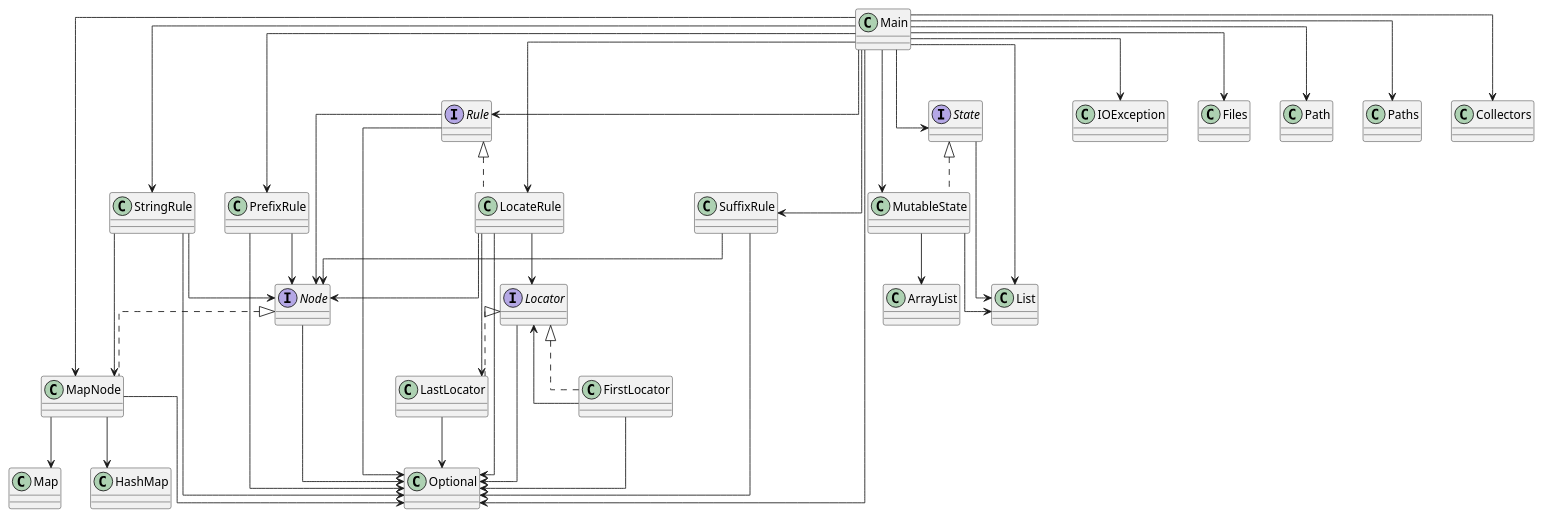
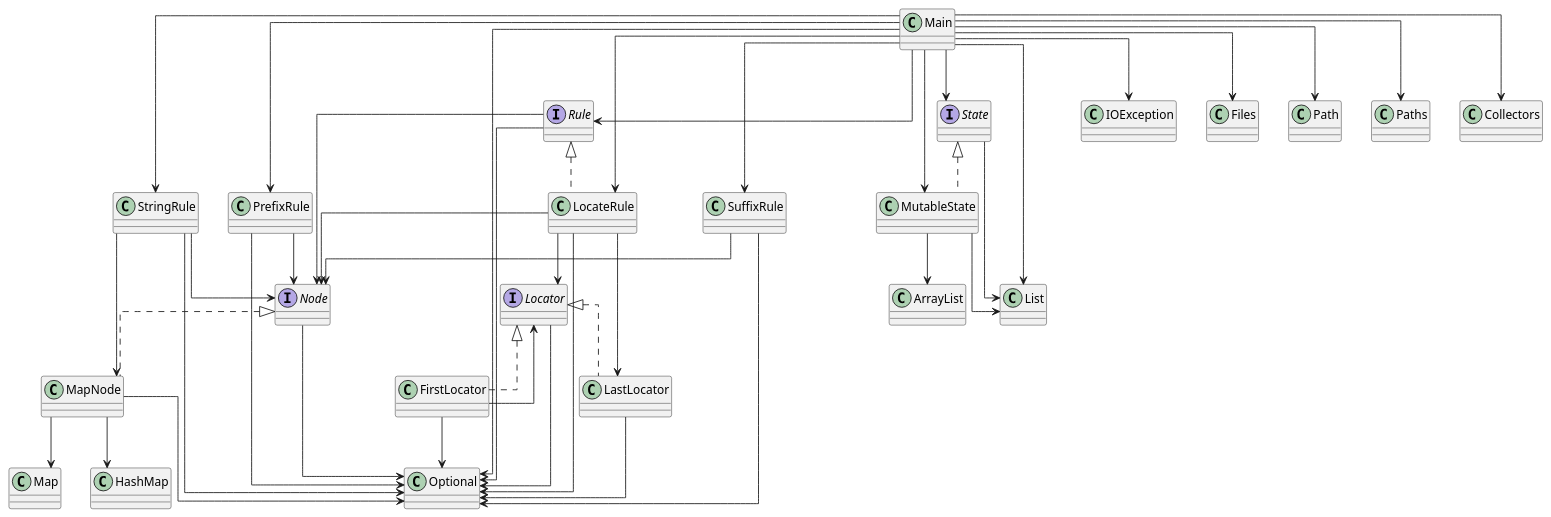
The diagram in diagram.puml (SirMathhman/Magma), drawn with PlantUML before and after one commit.

```diff
--- a/diagram.puml
+++ b/diagram.puml
@@ -1,52 +1,51 @@
 @startuml
 skinparam linetype ortho
 Node --> Optional
 interface Node
 Rule --> Node
 Rule --> Optional
 interface Rule
 StringRule --> MapNode
 StringRule --> Node
 StringRule --> Optional
 Locator --> Optional
 interface Locator
 PrefixRule --> Node
 PrefixRule --> Optional
 FirstLocator --> Locator
 FirstLocator --> Optional
 class FirstLocator implements Locator
 LocateRule --> LastLocator
 LocateRule --> Locator
 LocateRule --> Node
 LocateRule --> Optional
 class LocateRule implements Rule
 MutableState --> ArrayList
 MutableState --> List
 class MutableState implements State
 Main --> LocateRule
 Main --> MutableState
 Main --> PrefixRule
 Main --> Rule
 Main --> State
 Main --> StringRule
 Main --> SuffixRule
-Main --> MapNode
 Main --> IOException
 Main --> Files
 Main --> Path
 Main --> Paths
 Main --> List
 Main --> Optional
 Main --> Collectors
 class Main
 MapNode --> HashMap
 MapNode --> Map
 MapNode --> Optional
 class MapNode implements Node
 SuffixRule --> Node
 SuffixRule --> Optional
 LastLocator --> Optional
 class LastLocator implements Locator
 State --> List
 interface State
 @enduml
```
